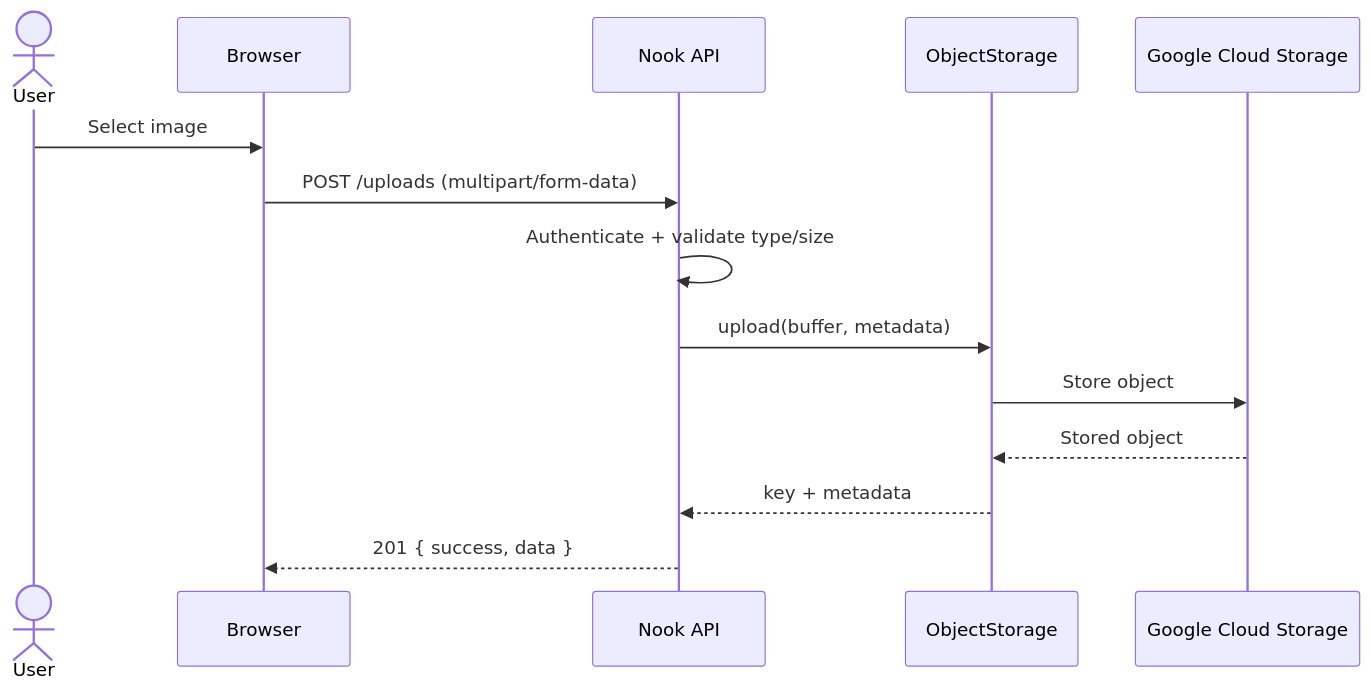
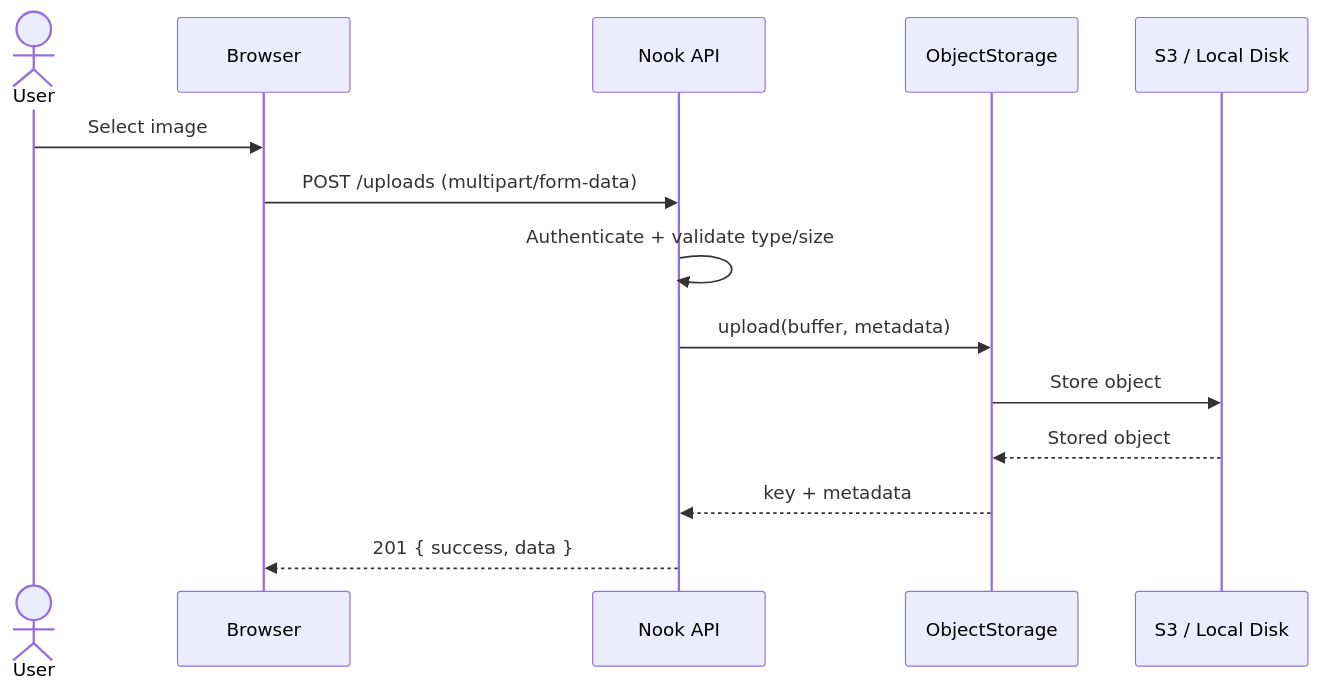
The second of 4 diagrams in docs/architecture.md (Dunkrick/nook), drawn with Mermaid before and after one commit. The commit also changed other lines of this file and 9 other files, not shown here.

````diff
--- a/docs/architecture.md
+++ b/docs/architecture.md
@@ -257,17 +258,17 @@
 ```mermaid
 sequenceDiagram
     actor User
     participant Browser
     participant API as Nook API
     participant Storage as ObjectStorage
-    participant GCS as Google Cloud Storage
+    participant Bucket as S3 / Local Disk
 
     User->>Browser: Select image
     Browser->>API: POST /uploads (multipart/form-data)
     API->>API: Authenticate + validate type/size
     API->>Storage: upload(buffer, metadata)
-    Storage->>GCS: Store object
-    GCS-->>Storage: Stored object
+    Storage->>Bucket: Store object
+    Bucket-->>Storage: Stored object
     Storage-->>API: key + metadata
     API-->>Browser: 201 { success, data }
 ```
````
